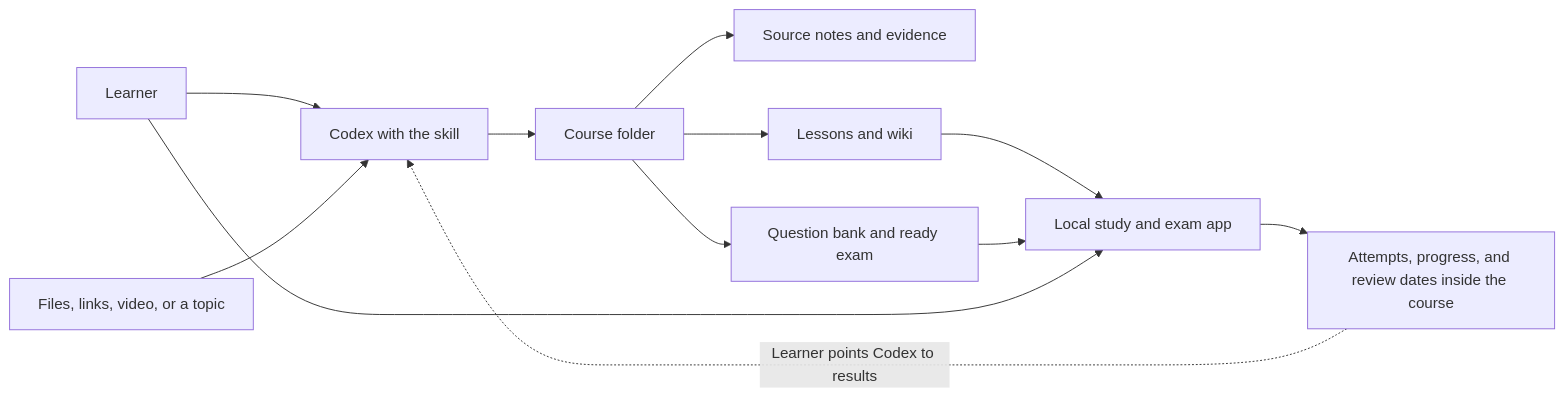
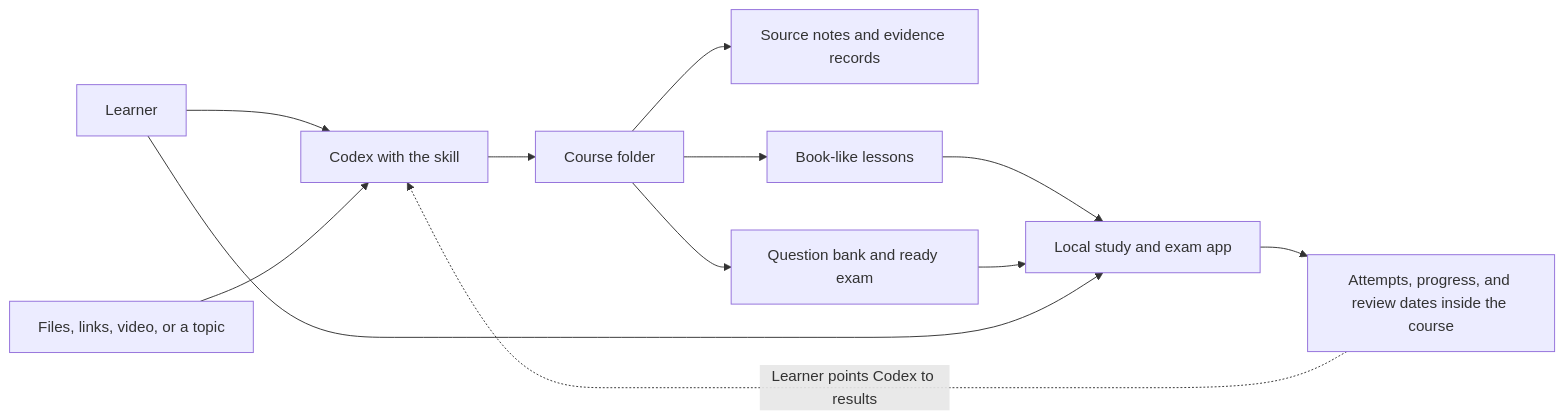
The first of 3 diagrams in README.md (Howard-Starfield/Mastery-Ledger), drawn with Mermaid before and after one commit. The commit also changed other lines of this file and 51 other files, not shown here.

````diff
--- a/README.md
+++ b/README.md
@@ -64,14 +64,14 @@
 ```mermaid
 flowchart LR
     Learner["Learner"] --> Codex["Codex with the skill"]
     Sources["Files, links, video, or a topic"] --> Codex
     Codex --> Course["Course folder"]
-    Course --> Notes["Source notes and evidence"]
-    Course --> Lessons["Lessons and wiki"]
+    Course --> Notes["Source notes and evidence records"]
+    Course --> Lessons["Book-like lessons"]
     Course --> Bank["Question bank and ready exam"]
     Lessons --> App["Local study and exam app"]
     Bank --> App
     Learner --> App
     App --> History["Attempts, progress, and review dates inside the course"]
     History -. "Learner points Codex to results" .-> Codex
 ```
````
